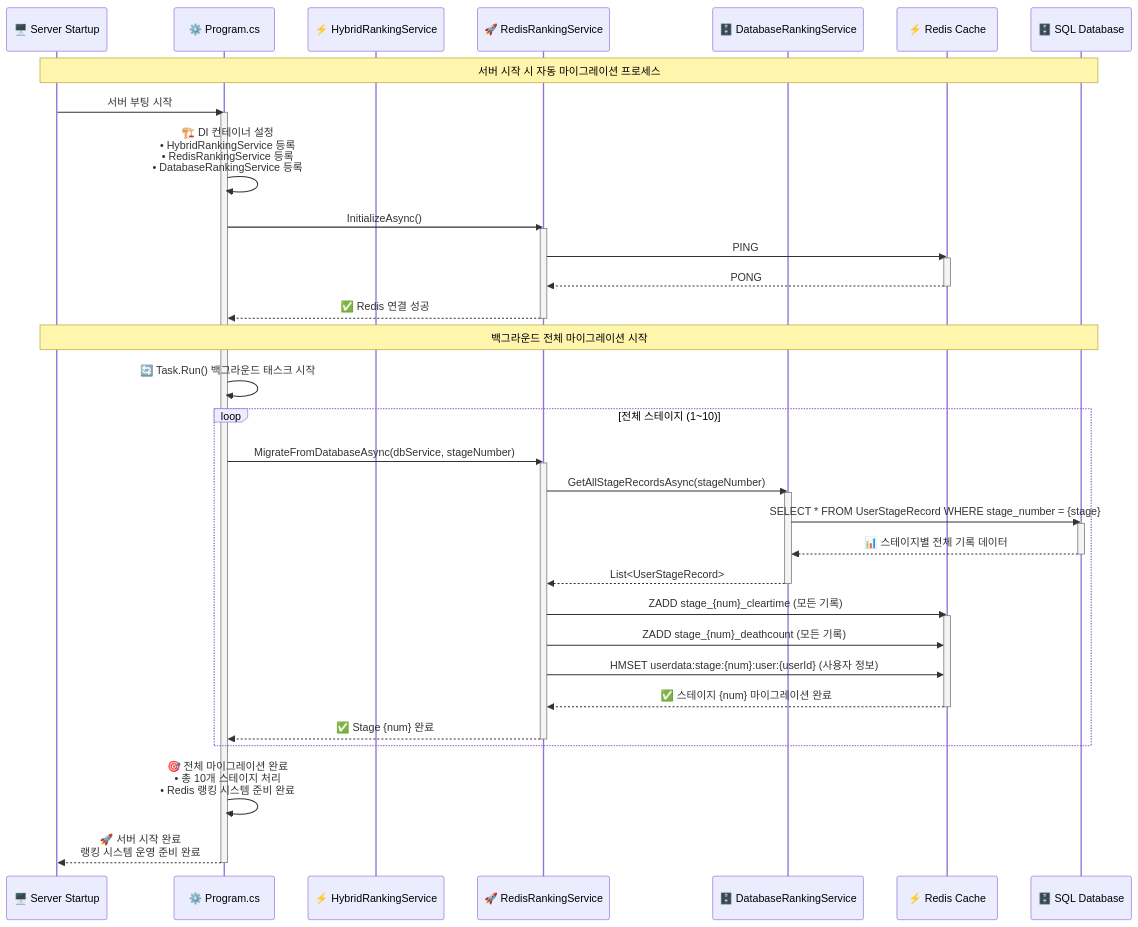
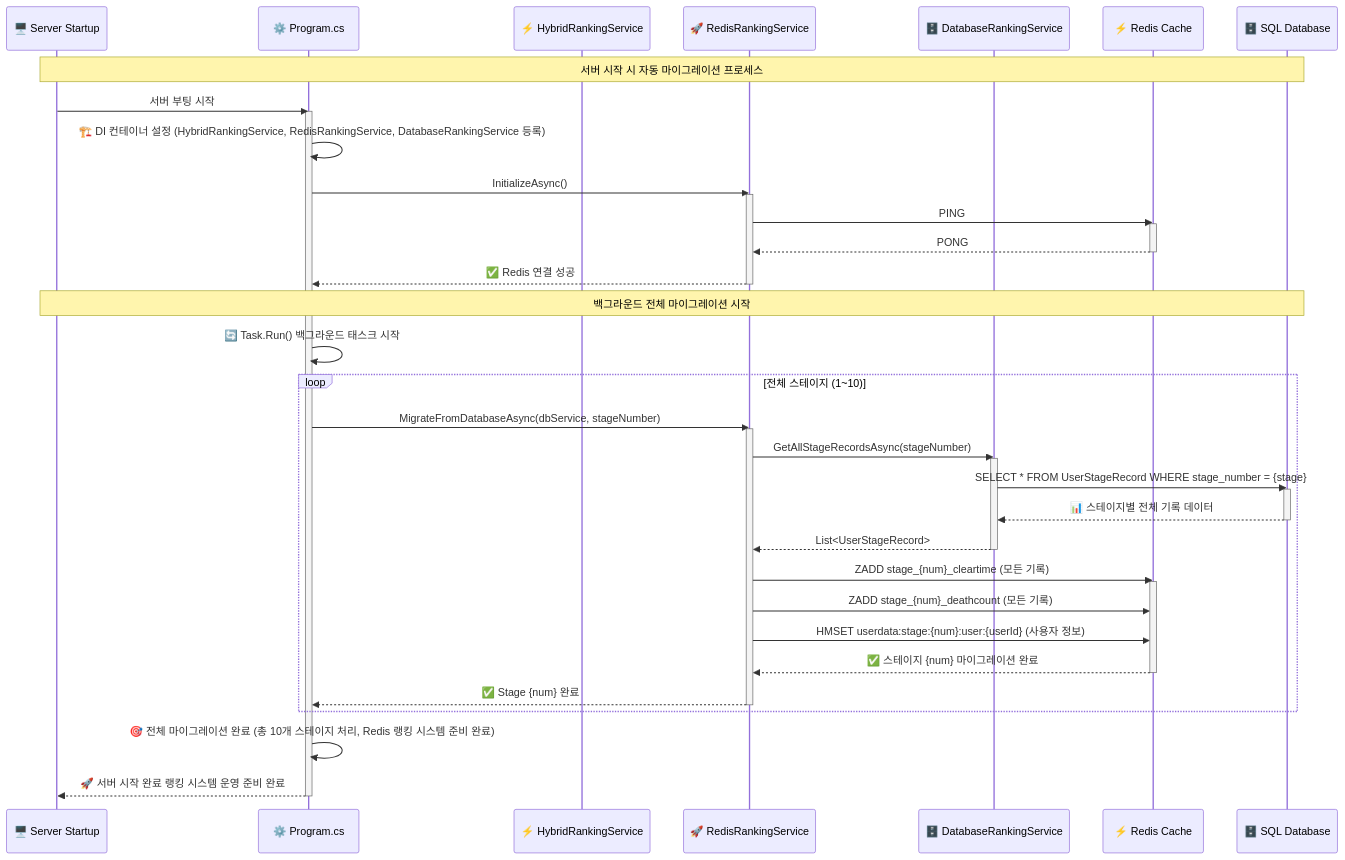
The fourth of 7 diagrams in 랭킹·업적 시스템 시퀀스 다이어그램.md (heejune1209/Just-climb-), drawn with Mermaid before and after one commit. The commit also changed other lines of this file, not shown here.

````diff
--- a/랭킹·업적 시스템 시퀀스 다이어그램.md
+++ b/랭킹·업적 시스템 시퀀스 다이어그램.md
@@ -253,61 +253,61 @@
 ```mermaid
 sequenceDiagram
     participant Server as 🖥️ Server Startup
     participant Program as ⚙️ Program.cs
     participant HybridService as ⚡ HybridRankingService
     participant RedisService as 🚀 RedisRankingService
     participant DatabaseService as 🗄️ DatabaseRankingService
     participant Redis as ⚡ Redis Cache
     participant Database as 🗄️ SQL Database
 
     Note over Server, Database: 서버 시작 시 자동 마이그레이션 프로세스
     Server->>Program: 서버 부팅 시작
     activate Program
     
-    Program->>Program: 🏗️ DI 컨테이너 설정<br/>• HybridRankingService 등록<br/>• RedisRankingService 등록<br/>• DatabaseRankingService 등록
+    Program->>Program: 🏗️ DI 컨테이너 설정 (HybridRankingService, RedisRankingService, DatabaseRankingService 등록)
     
     Program->>RedisService: InitializeAsync()
     activate RedisService
     
     RedisService->>Redis: PING
     activate Redis
     Redis-->>RedisService: PONG
     deactivate Redis
     
     RedisService-->>Program: ✅ Redis 연결 성공
     deactivate RedisService
     
     Note over Server, Database: 백그라운드 전체 마이그레이션 시작
     Program->>Program: 🔄 Task.Run() 백그라운드 태스크 시작
     
     loop 전체 스테이지 (1~10)
         Program->>RedisService: MigrateFromDatabaseAsync(dbService, stageNumber)
         activate RedisService
         
         RedisService->>DatabaseService: GetAllStageRecordsAsync(stageNumber)
         activate DatabaseService
         
         DatabaseService->>Database: SELECT * FROM UserStageRecord WHERE stage_number = {stage}
         activate Database
         Database-->>DatabaseService: 📊 스테이지별 전체 기록 데이터
         deactivate Database
         
         DatabaseService-->>RedisService: List<UserStageRecord>
         deactivate DatabaseService
         
         RedisService->>Redis: ZADD stage_{num}_cleartime (모든 기록)
         activate Redis
         RedisService->>Redis: ZADD stage_{num}_deathcount (모든 기록)
         RedisService->>Redis: HMSET userdata:stage:{num}:user:{userId} (사용자 정보)
         Redis-->>RedisService: ✅ 스테이지 {num} 마이그레이션 완료
         deactivate Redis
         
         RedisService-->>Program: ✅ Stage {num} 완료
         deactivate RedisService
     end
     
-    Program->>Program: 🎯 전체 마이그레이션 완료<br/>• 총 10개 스테이지 처리<br/>• Redis 랭킹 시스템 준비 완료
+    Program->>Program: 🎯 전체 마이그레이션 완료 (총 10개 스테이지 처리, Redis 랭킹 시스템 준비 완료)
     
-    Program-->>Server: 🚀 서버 시작 완료<br/>랭킹 시스템 운영 준비 완료
+    Program-->>Server: 🚀 서버 시작 완료 랭킹 시스템 운영 준비 완료
     deactivate Program
 ```
````
